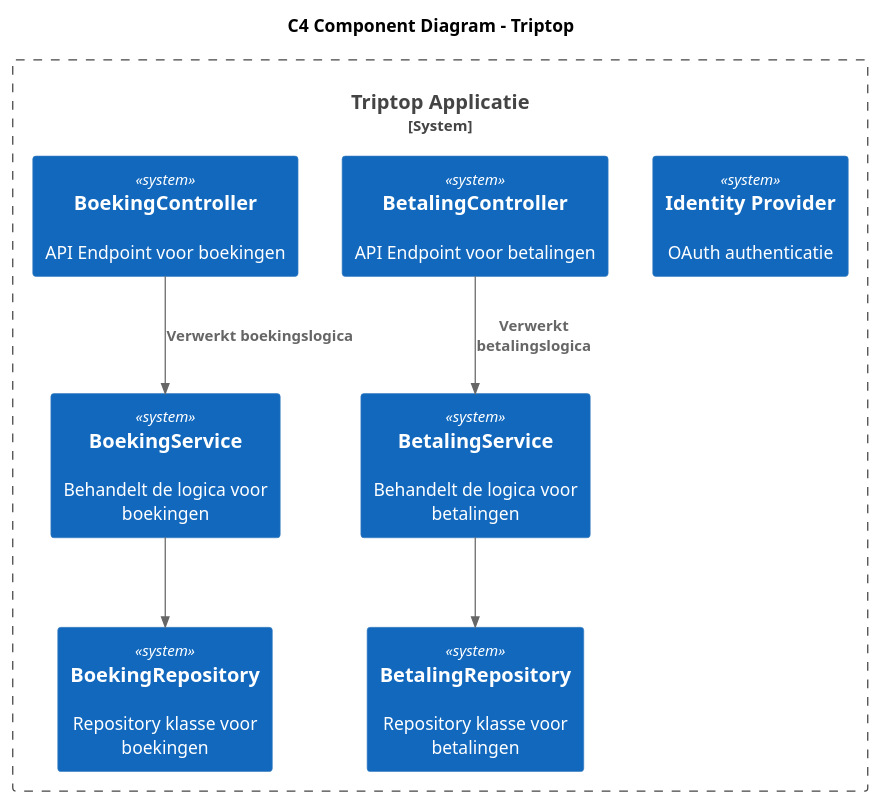
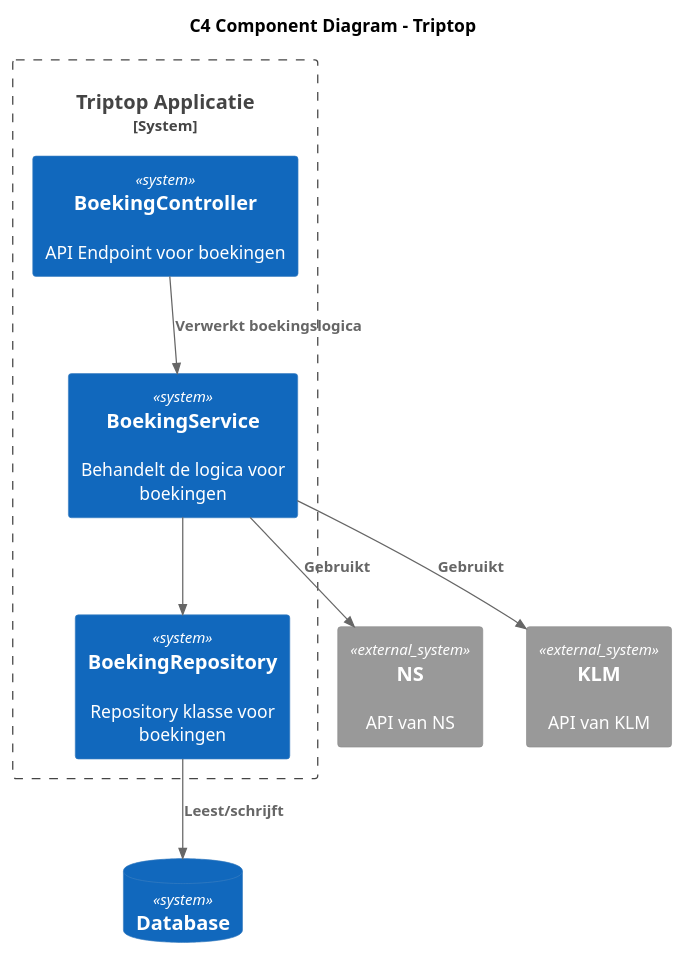
The diagram in uitwerkingen/component_diagram/component_diagram.puml (AIM-ENE-feb25/triptop-de-broederbond-fgs), drawn with PlantUML before and after one commit. The commit also changed 10 other files, not shown here.

```diff
--- a/uitwerkingen/component_diagram/component_diagram.puml
+++ b/uitwerkingen/component_diagram/component_diagram.puml
@@ -1,24 +1,24 @@
 @startuml
 !include https://raw.githubusercontent.com/plantuml-stdlib/C4-PlantUML/master/C4_Component.puml
 
 title C4 Component Diagram - Triptop
 
+System_Ext("NS", "NS", "API van NS")
+System_Ext("KLM", "KLM", "API van KLM")
+
 System_Boundary("Triptop", "Triptop Applicatie") {
-    System("IdentityProvider", "Identity Provider", "OAuth authenticatie")
-
-    System("BetalingController", "BetalingController", "API Endpoint voor betalingen")
-    System("BetalingService", "BetalingService", "Behandelt de logica voor betalingen")
-    System("BetalingRepository", "BetalingRepository", "Repository klasse voor betalingen")
-
     System("BoekingController", "BoekingController", "API Endpoint voor boekingen")
     System("BoekingService", "BoekingService", "Behandelt de logica voor boekingen")
     System("BoekingRepository", "BoekingRepository", "Repository klasse voor boekingen")
 }
 
-Rel(BetalingController, BetalingService, "Verwerkt betalingslogica")
-Rel(BetalingService, BetalingRepository, "")
+SystemDb("Database", "Database", "")
 
 Rel(BoekingController, BoekingService, "Verwerkt boekingslogica")
 Rel(BoekingService, BoekingRepository, "")
+Rel(BoekingService, NS, Gebruikt)
+Rel(BoekingService, KLM, Gebruikt)
+Rel(BoekingRepository, "Database", Leest/schrijft)
+
 
 @enduml
```
